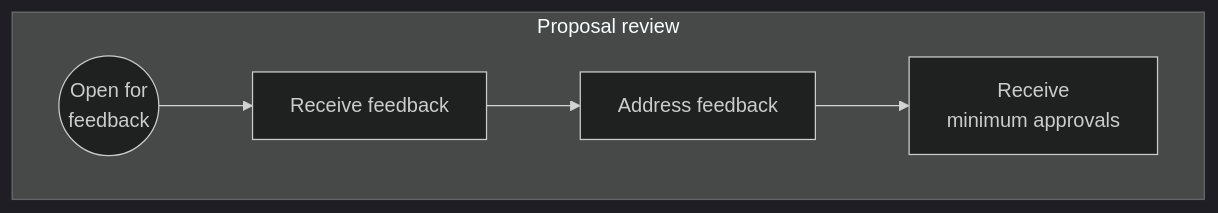
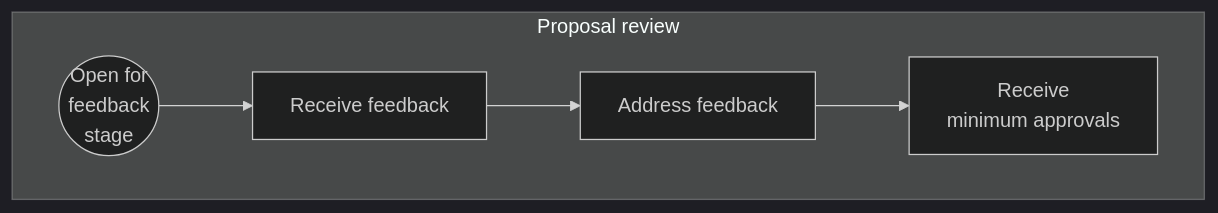
The second of 5 diagrams in src/content/graphos/delivery/schema-proposals.mdx (apollographql/docs), drawn with Mermaid (dark theme) before and after one commit. The commit also changed other lines of this file and 5 other files, not shown here.

````diff
--- a/src/content/graphos/delivery/schema-proposals.mdx
+++ b/src/content/graphos/delivery/schema-proposals.mdx
@@ -66,12 +71,13 @@
 ```mermaid
 graph LR
     subgraph Open4Feedback ["Proposal review"]
     direction LR
-    Feedback((Open for <br/>feedback))
+    Feedback((Open for <br/>feedback <br/> stage))
     Feedback1["Receive feedback "]
     Feedback2["Address feedback "]
     Approvals["Receive<br/>minimum approvals"]
     Feedback --> Feedback1 --> Feedback2 --> Approvals
     end
     class Feedback secondary;
+    class Feedback CircleSize50;
 ```
````
